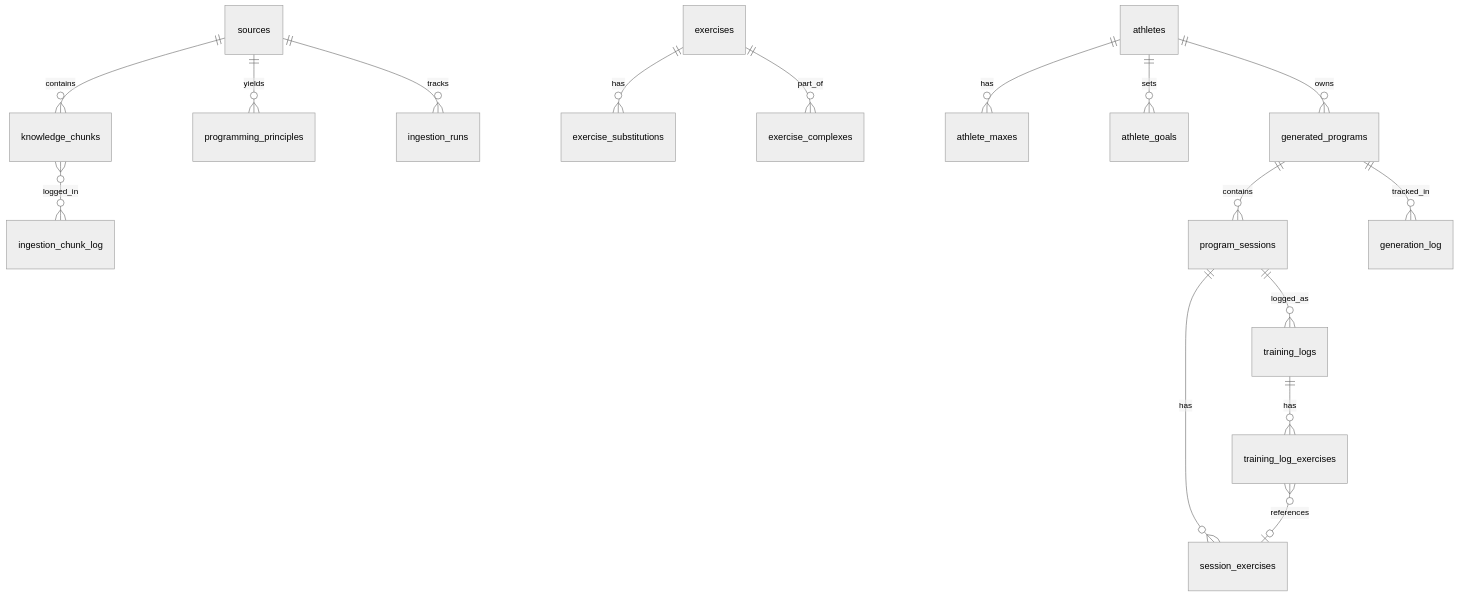
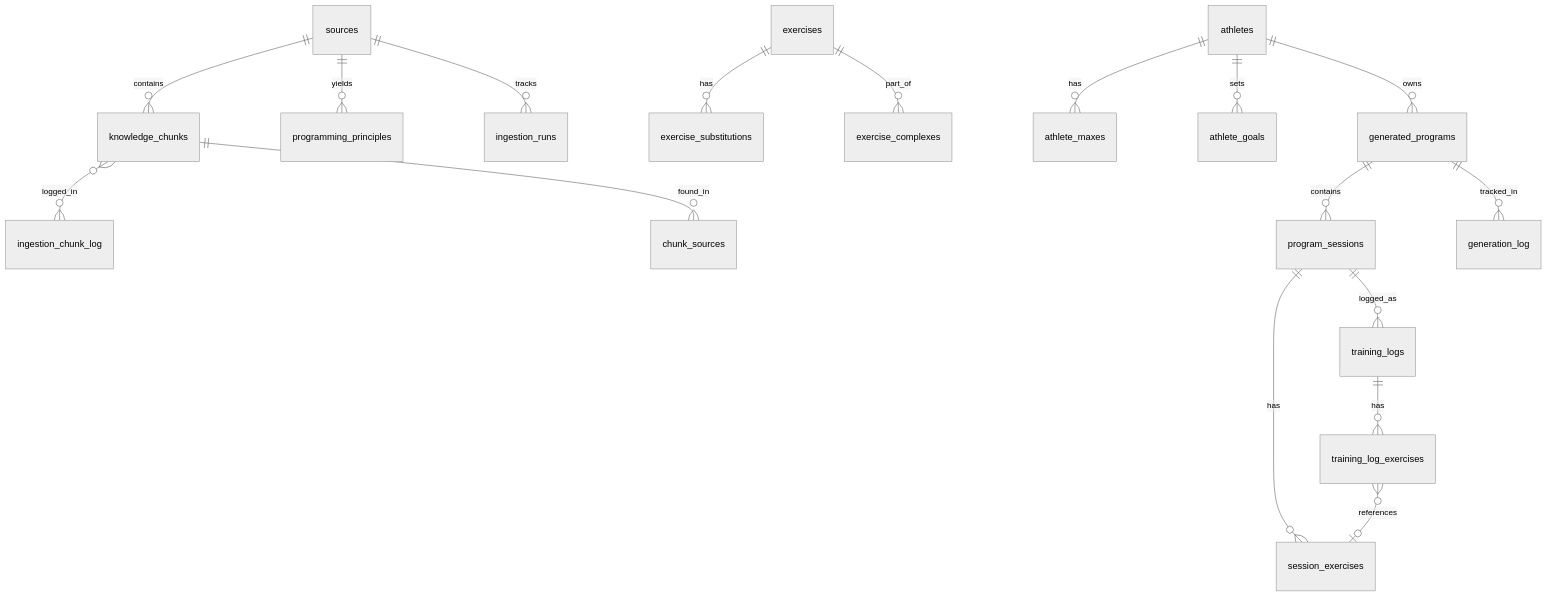
One commit to dcmshi/oly-program-generator changed the fourth of 4 diagrams in ARCHITECTURE.md. Above: the diagram before and after it, drawn with Mermaid (neutral theme). The commit also changed other lines of this file, not shown here.

Commit message:
docs(architecture): provider-aware LLM setup in diagrams and production env vars (LLM_PROVIDER, OPENROUTER_API_KEY) (AUD-7)

````diff
--- a/ARCHITECTURE.md
+++ b/ARCHITECTURE.md
@@ -156,23 +159,24 @@
 ```mermaid
 erDiagram
     sources ||--o{ knowledge_chunks : contains
     sources ||--o{ programming_principles : yields
     sources ||--o{ ingestion_runs : tracks
 
     knowledge_chunks }o--o{ ingestion_chunk_log : logged_in
+    knowledge_chunks ||--o{ chunk_sources : found_in
     exercises ||--o{ exercise_substitutions : has
     exercises ||--o{ exercise_complexes : part_of
 
     athletes ||--o{ athlete_maxes : has
     athletes ||--o{ athlete_goals : sets
     athletes ||--o{ generated_programs : owns
 
     generated_programs ||--o{ program_sessions : contains
     generated_programs ||--o{ generation_log : tracked_in
 
     program_sessions ||--o{ session_exercises : has
     program_sessions ||--o{ training_logs : logged_as
 
     training_logs ||--o{ training_log_exercises : has
     training_log_exercises }o--o| session_exercises : references
 ```
````
